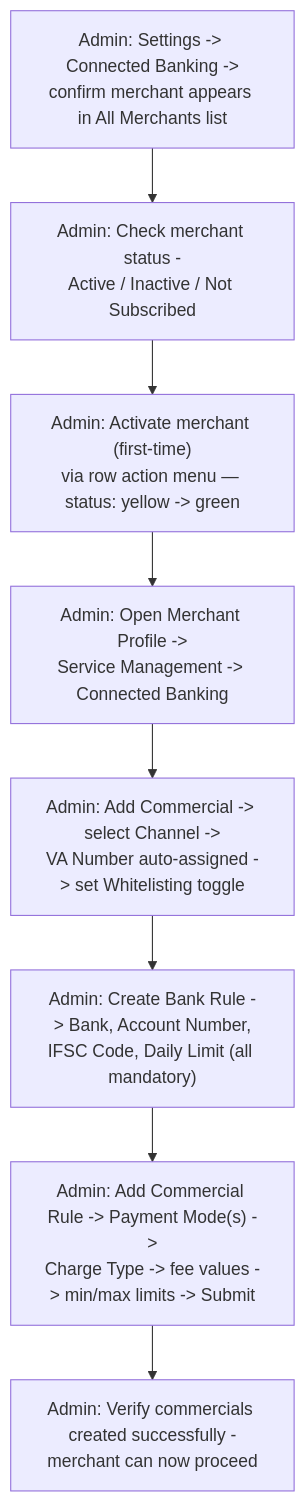
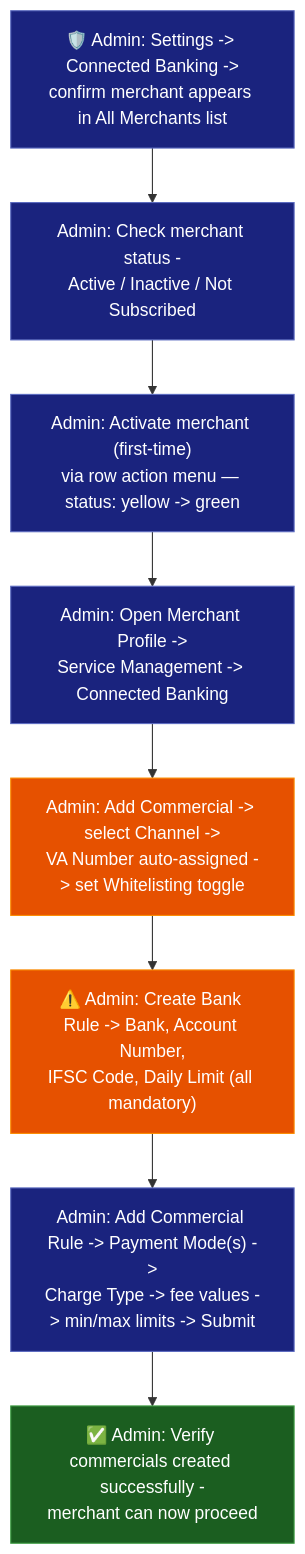
The fourth of 9 diagrams in docs/architecture-and-flow.md (ghanendra-sdet/fintech-connected-banking-platform), drawn with Mermaid before and after one commit. The commit also changed other lines of this file, not shown here.

Commit message:
docs: enhance architecture diagrams and generalize cross-repo testing insight

````diff
--- a/docs/architecture-and-flow.md
+++ b/docs/architecture-and-flow.md
@@ -75,10 +92,18 @@
 ```mermaid
 flowchart TD
-    A["Admin: Settings -> Connected Banking -><br/>confirm merchant appears in All Merchants list"] --> B["Admin: Check merchant status -<br/>Active / Inactive / Not Subscribed"]
+    A["🛡️ Admin: Settings -> Connected Banking -><br/>confirm merchant appears in All Merchants list"] --> B["Admin: Check merchant status -<br/>Active / Inactive / Not Subscribed"]
     B --> C["Admin: Activate merchant (first-time)<br/>via row action menu — status: yellow -> green"]
     C --> D["Admin: Open Merchant Profile -><br/>Service Management -> Connected Banking"]
     D --> E["Admin: Add Commercial -> select Channel -><br/>VA Number auto-assigned -> set Whitelisting toggle"]
-    E --> F["Admin: Create Bank Rule -> Bank, Account Number,<br/>IFSC Code, Daily Limit (all mandatory)"]
+    E --> F["⚠️ Admin: Create Bank Rule -> Bank, Account Number,<br/>IFSC Code, Daily Limit (all mandatory)"]
     F --> G["Admin: Add Commercial Rule -> Payment Mode(s) -><br/>Charge Type -> fee values -> min/max limits -> Submit"]
-    G --> H["Admin: Verify commercials created successfully -<br/>merchant can now proceed"]
+    G --> H["✅ Admin: Verify commercials created successfully -<br/>merchant can now proceed"]
+
+    classDef person fill:#1a237e,color:#fff,stroke:#5c6bc0,stroke-width:1px
+    classDef warn fill:#e65100,color:#fff,stroke:#fb8c00,stroke-width:1px
+    classDef good fill:#1b5e20,color:#fff,stroke:#43a047,stroke-width:1px
+
+    class A,B,C,D,G person
+    class E,F warn
+    class H good
 ```
````
